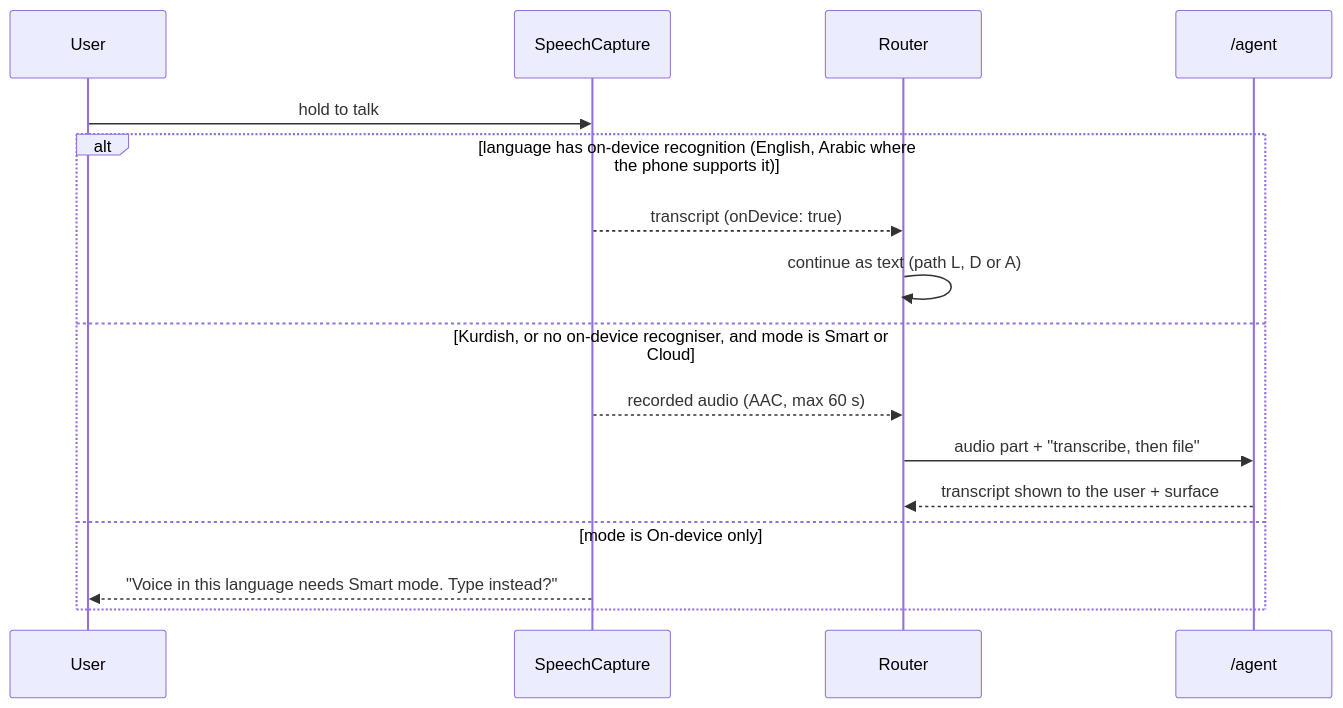
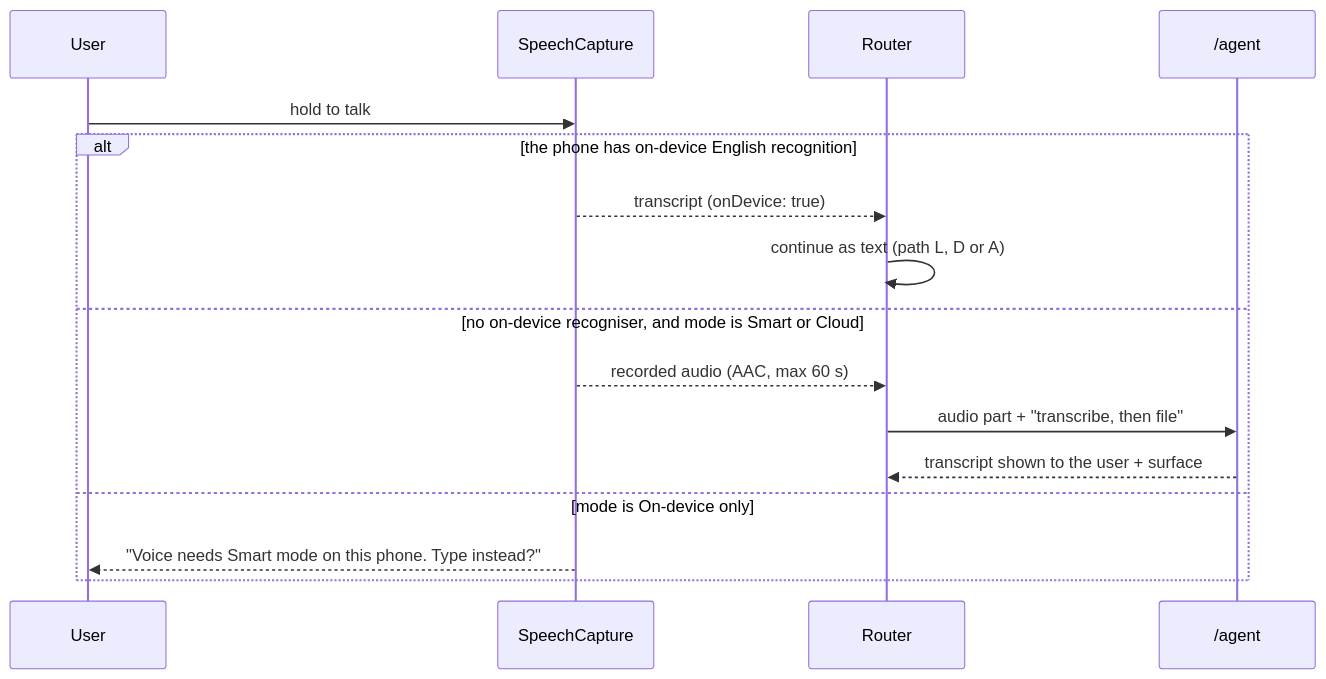
Before and after one commit to Botanium/family-xpense: the sixth of 10 diagrams in docs/ARCHITECTURE.md, drawn with Mermaid. The commit also changed other lines of this file and 9 other files, not shown here.

````diff
--- a/docs/ARCHITECTURE.md
+++ b/docs/ARCHITECTURE.md
@@ -344,18 +352,18 @@
 ```mermaid
 sequenceDiagram
   participant U as User
   participant V as SpeechCapture
   participant R as Router
   participant A as /agent
   U->>V: hold to talk
-  alt language has on-device recognition (English, Arabic where the phone supports it)
+  alt the phone has on-device English recognition
     V-->>R: transcript (onDevice: true)
     R->>R: continue as text (path L, D or A)
-  else Kurdish, or no on-device recogniser, and mode is Smart or Cloud
+  else no on-device recogniser, and mode is Smart or Cloud
     V-->>R: recorded audio (AAC, max 60 s)
     R->>A: audio part + "transcribe, then file"
     A-->>R: transcript shown to the user + surface
   else mode is On-device only
-    V-->>U: "Voice in this language needs Smart mode. Type instead?"
+    V-->>U: "Voice needs Smart mode on this phone. Type instead?"
   end
 ```
````
